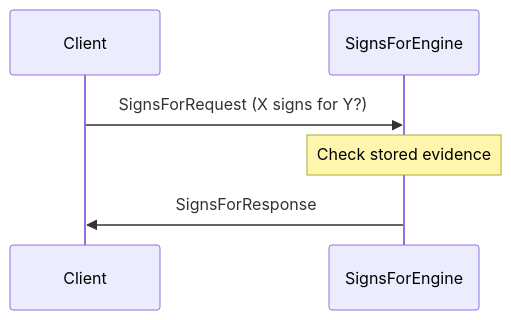
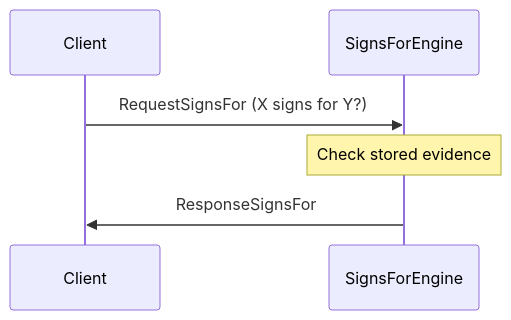
The second of 3 diagrams in docs/arch/node/engines/signs_for_messages.juvix.md (anoma/nspec), drawn with Mermaid before and after one commit. The commit also changed other lines of this file and 7 other files, not shown here.

````diff
--- a/docs/arch/node/engines/signs_for_messages.juvix.md
+++ b/docs/arch/node/engines/signs_for_messages.juvix.md
@@ -168,9 +164,9 @@
 ```mermaid
 sequenceDiagram
     participant Client
     participant SignsForEngine
 
-    Client->>SignsForEngine: SignsForRequest (X signs for Y?)
+    Client->>SignsForEngine: RequestSignsFor (X signs for Y?)
     Note over SignsForEngine: Check stored evidence
-    SignsForEngine->>Client: SignsForResponse
+    SignsForEngine->>Client: ResponseSignsFor
 ```
````
